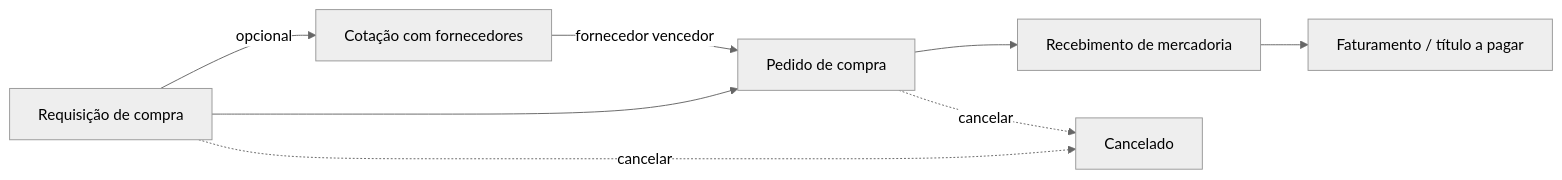
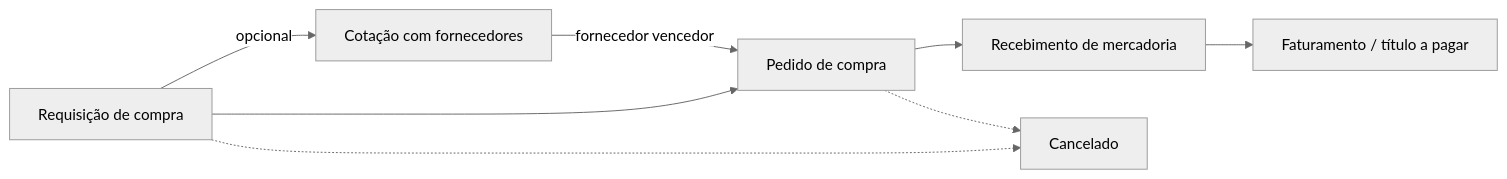
One commit to looperperp-main/lerp-system changed the diagram in spec/p2p-compras-funcional.md. Above: the diagram before and after it, drawn with Mermaid (neutral theme). The commit also changed other lines of this file and 64 other files, not shown here.

````diff
--- a/spec/p2p-compras-funcional.md
+++ b/spec/p2p-compras-funcional.md
@@ -15,10 +17,10 @@
 ```mermaid
 flowchart LR
     R[Requisição de compra] -->|opcional| Q[Cotação com fornecedores]
     R --> P[Pedido de compra]
     Q -->|fornecedor vencedor| P
     P --> M[Recebimento de mercadoria]
     M --> F[Faturamento / título a pagar]
-    R -.cancelar.-> X[Cancelado]
-    P -.cancelar.-> X
+    R -.-> X[Cancelado]
+    P -.-> X
 ```
````
